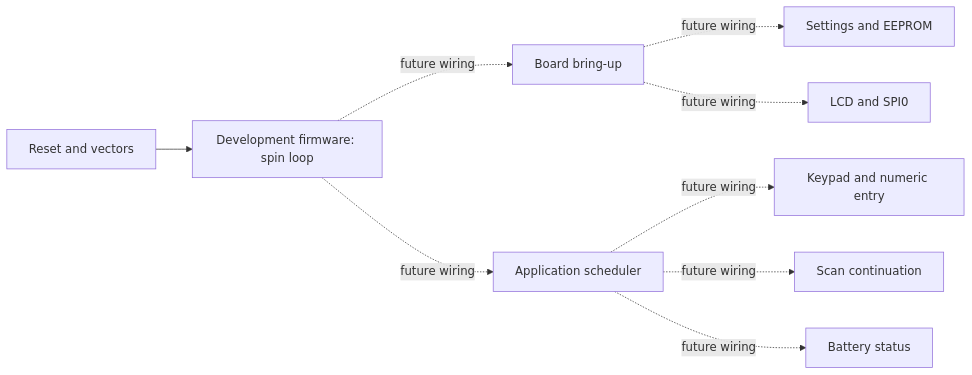
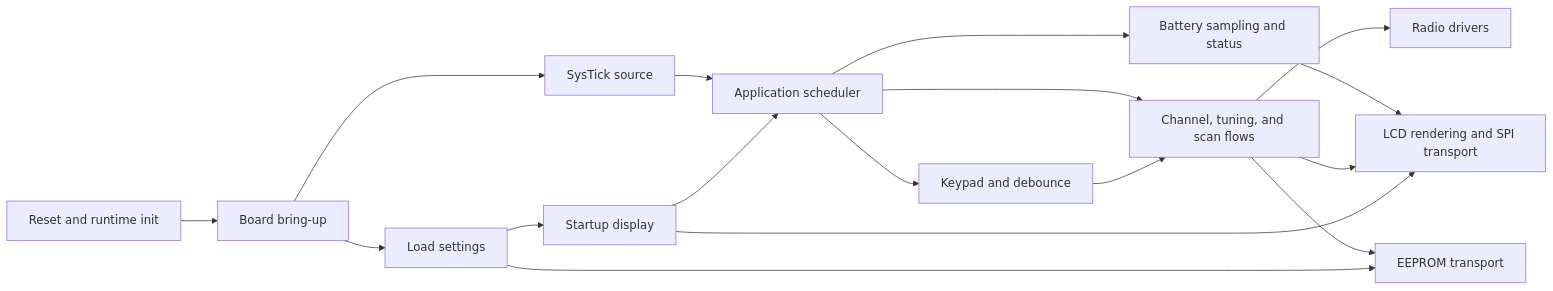
One commit to m0hdy/uv-k5-rust-firmware changed the first of 2 diagrams in README.md. Above: the diagram before and after it, drawn with Mermaid. The commit also changed other lines of this file and 1 other file, not shown here.

Commit message:
Show the target firmware architecture in the README

````diff
--- a/README.md
+++ b/README.md
@@ -15,11 +15,19 @@
 ```mermaid
 flowchart LR
-  Reset["Reset and vectors"] --> Bootstrap["Development firmware: spin loop"]
-  Bootstrap -. future wiring .-> Board["Board bring-up"]
-  Bootstrap -. future wiring .-> Loop["Application scheduler"]
-  Board -. future wiring .-> Storage["Settings and EEPROM"]
-  Board -. future wiring .-> Display["LCD and SPI0"]
-  Loop -. future wiring .-> Keys["Keypad and numeric entry"]
-  Loop -. future wiring .-> Scan["Scan continuation"]
-  Loop -. future wiring .-> Status["Battery status"]
+  Reset["Reset and runtime init"] --> Board["Board bring-up"]
+  Board --> Settings["Load settings"]
+  Settings --> Welcome["Startup display"]
+  Welcome --> Loop["Application scheduler"]
+  Board --> Tick["SysTick source"]
+  Tick --> Loop
+  Loop --> Input["Keypad and debounce"]
+  Input --> Control["Channel, tuning, and scan flows"]
+  Loop --> Control
+  Loop --> Battery["Battery sampling and status"]
+  Settings --> Storage["EEPROM transport"]
+  Control --> Storage
+  Control --> Radio["Radio drivers"]
+  Welcome --> Display["LCD rendering and SPI transport"]
+  Control --> Display
+  Battery --> Display
 ```
````
